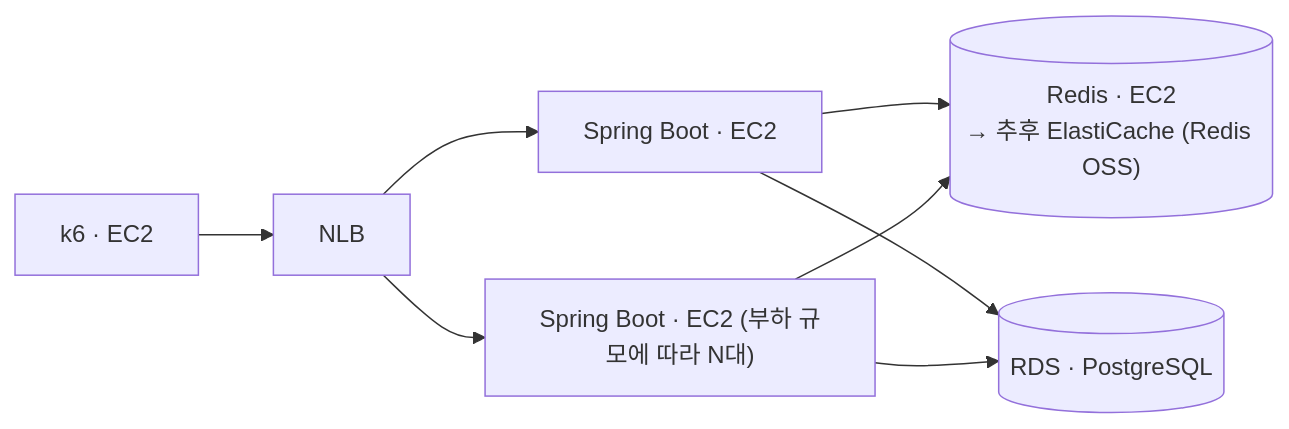
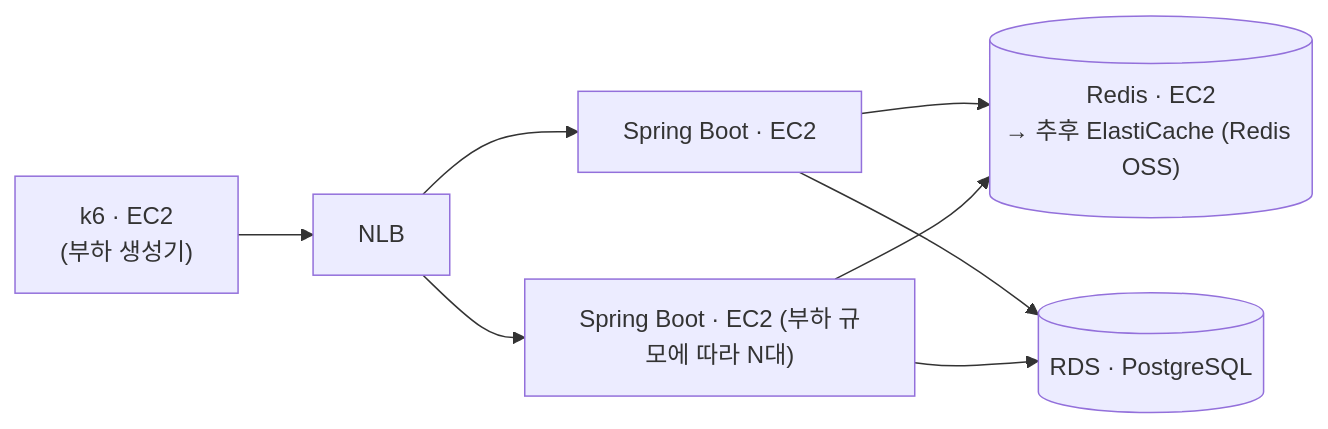
One commit to urban6/holiday-train-ticketing-system changed the diagram in README.md. Above: the diagram before and after it, drawn with Mermaid. The commit also changed other lines of this file, not shown here.

````diff
--- a/README.md
+++ b/README.md
@@ -177,10 +100,10 @@
 ```mermaid
 flowchart LR
-    k6["k6 · EC2"] --> nlb[NLB]
+    k6["k6 · EC2<br/>(부하 생성기)"] --> nlb[NLB]
     nlb --> was1["Spring Boot · EC2"]
     nlb --> was2["Spring Boot · EC2 (부하 규모에 따라 N대)"]
     was1 --> redis[("Redis · EC2<br/>→ 추후 ElastiCache (Redis OSS)")]
     was2 --> redis
     was1 --> rds[("RDS · PostgreSQL")]
     was2 --> rds
 ```
````
